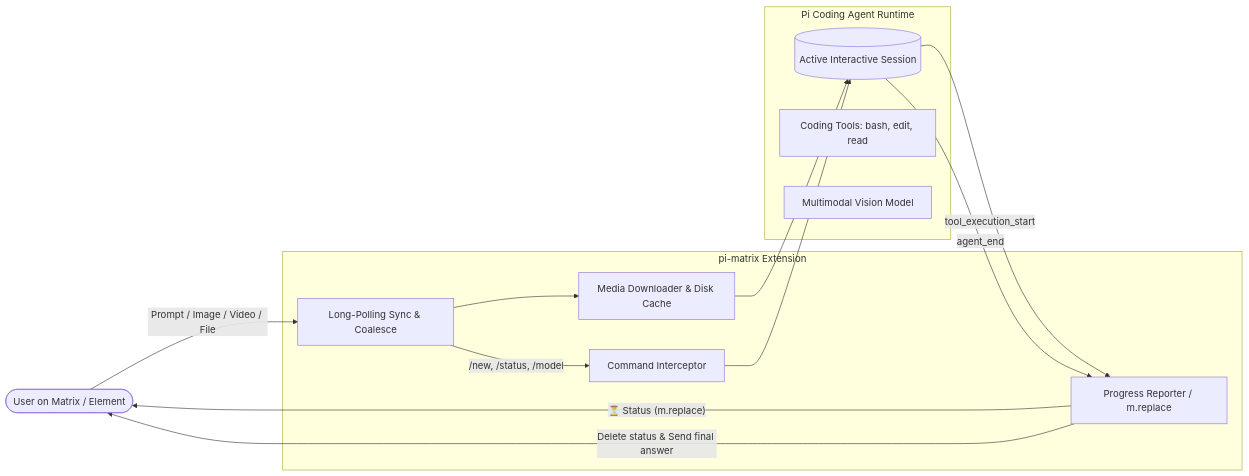
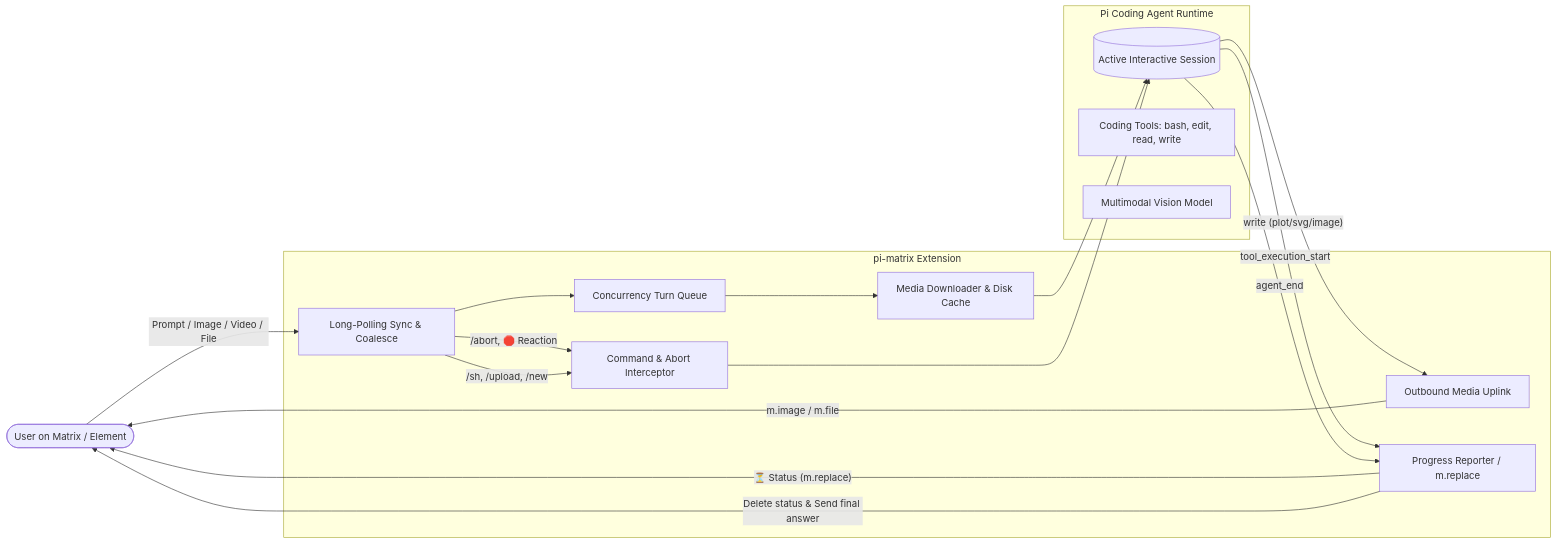
Before and after one commit to surtr85/matrix-mcp-go: the diagram in README.md, drawn with Mermaid. The commit also changed other lines of this file and 13 other files, not shown here.

Commit message:
feat: upgrade to v2.0 with turn queue, zero-token shell, abort trap, media uplink, and remove hardcoded credentials

````diff
--- a/README.md
+++ b/README.md
@@ -22,21 +22,25 @@
 ```mermaid
 flowchart LR
     User([User on Matrix / Element])
     subgraph pi-matrix [pi-matrix Extension]
         Sync[Long-Polling Sync & Coalesce]
-        Media[Media Downloader & Disk Cache]
+        Queue[Concurrency Turn Queue]
+        MediaIn[Media Downloader & Disk Cache]
+        MediaOut[Outbound Media Uplink]
         Reporter[Progress Reporter / m.replace]
-        Commands[Command Interceptor]
+        Commands[Command & Abort Interceptor]
     end
     subgraph PiRuntime [Pi Coding Agent Runtime]
         Session[(Active Interactive Session)]
-        Tools[Coding Tools: bash, edit, read]
+        Tools[Coding Tools: bash, edit, read, write]
         Vision[Multimodal Vision Model]
     end
 
     User -- "Prompt / Image / Video / File" --> Sync
-    Sync --> Media --> Session
-    Sync -- "/new, /status, /model" --> Commands --> Session
+    Sync --> Queue --> MediaIn --> Session
+    Sync -- "/abort, 🛑 Reaction" --> Commands --> Session
+    Sync -- "/sh, /upload, /new" --> Commands
     Session -- "tool_execution_start" --> Reporter -- "⏳ Status (m.replace)" --> User
+    Session -- "write (plot/svg/image)" --> MediaOut -- "m.image / m.file" --> User
     Session -- "agent_end" --> Reporter -- "Delete status & Send final answer" --> User
 ```
````
